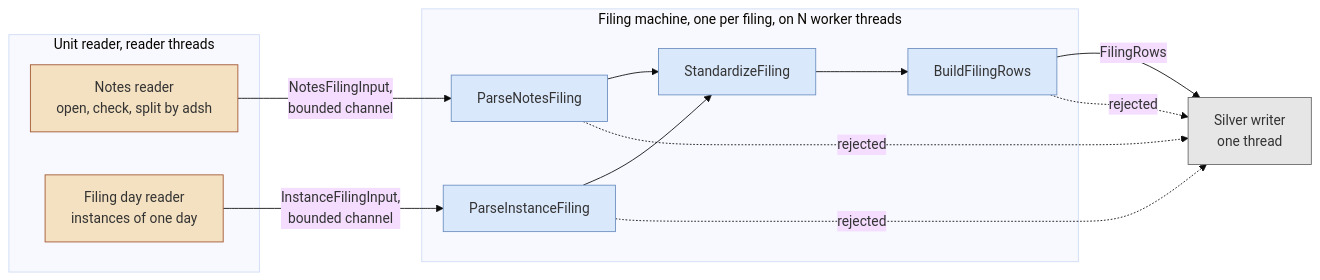
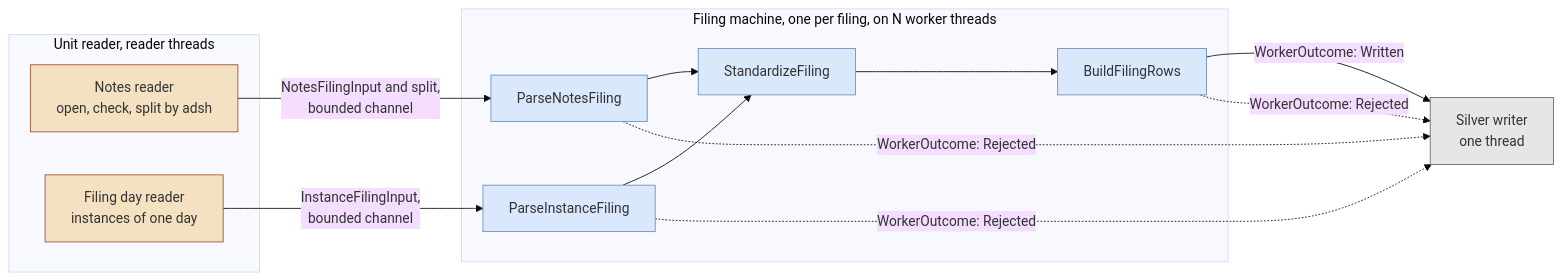
Before and after one commit to ironcapitaleu/arkad: the diagram in sec/design/pipeline/transform_per_filing.md, drawn with Mermaid (base theme). The commit also changed other lines of this file and 3 other files, not shown here.

````diff
--- a/sec/design/pipeline/transform_per_filing.md
+++ b/sec/design/pipeline/transform_per_filing.md
@@ -39,30 +39,30 @@
 ```mermaid
 flowchart LR
     classDef reader fill:#f4e1c1,stroke:#a0522d
     classDef state fill:#dae8fc,stroke:#6c8ebf
     classDef writer fill:#e6e6e6,stroke:#666666
 
     subgraph R["Unit reader, reader threads"]
         NR["Notes reader<br/>open, check, split by adsh"]:::reader
         DR["Filing day reader<br/>instances of one day"]:::reader
     end
 
     subgraph M["Filing machine, one per filing, on N worker threads"]
         PN["ParseNotesFiling"]:::state
         PI["ParseInstanceFiling"]:::state
         SF["StandardizeFiling"]:::state
         BR["BuildFilingRows"]:::state
         PN --> SF
         PI --> SF
         SF --> BR
     end
 
     WR["Silver writer<br/>one thread"]:::writer
 
-    NR -- "NotesFilingInput,<br/>bounded channel" --> PN
+    NR -- "NotesFilingInput and split,<br/>bounded channel" --> PN
     DR -- "InstanceFilingInput,<br/>bounded channel" --> PI
-    BR -- "FilingRows" --> WR
-    PN -. "rejected" .-> WR
-    PI -. "rejected" .-> WR
-    BR -. "rejected" .-> WR
+    BR -- "WorkerOutcome: Written" --> WR
+    PN -. "WorkerOutcome: Rejected" .-> WR
+    PI -. "WorkerOutcome: Rejected" .-> WR
+    BR -. "WorkerOutcome: Rejected" .-> WR
 ```
````
